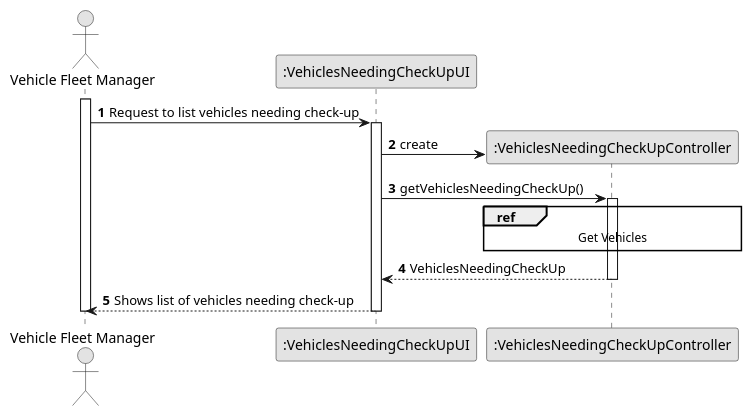
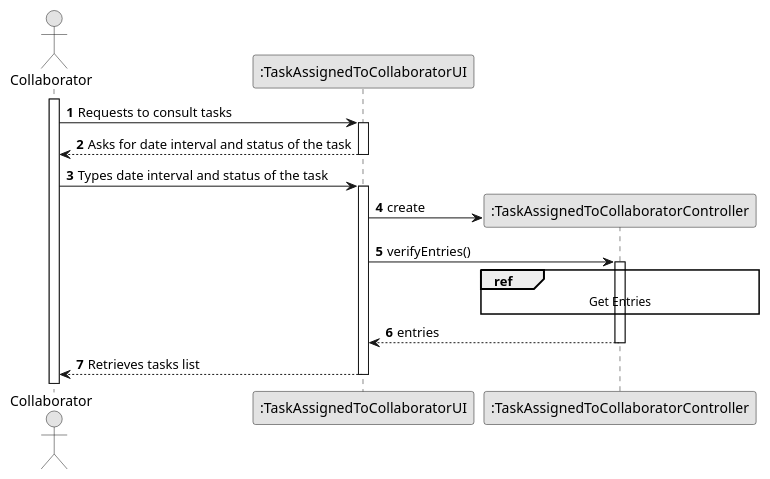
One commit to Departamento-de-Engenharia-Informatica/lei-24-s2-1df-1de-g063 changed the diagram in docs/SprintC/us28/03.design/puml/us028-sequence-diagram-split.puml. Above: the diagram before and after it, drawn with PlantUML. The commit also changed 58 other files, not shown here.

```diff
--- a/docs/SprintC/us28/03.design/puml/us028-sequence-diagram-split.puml
+++ b/docs/SprintC/us28/03.design/puml/us028-sequence-diagram-split.puml
@@ -1,38 +1,41 @@
 @startuml
 skinparam monochrome true
 skinparam packageStyle rectangle
 skinparam shadowing false
 
 autonumber
 
 'hide footbox
-actor "Vehicle Fleet Manager" as VFM
-participant ":VehiclesNeedingCheckUpUI" as UI
-participant ":VehiclesNeedingCheckUpController" as CTRL
+actor "Collaborator" as EMP
+participant ":TaskAssignedToCollaboratorUI" as UI
+participant ":TaskAssignedToCollaboratorController" as CTRL
 
-activate VFM
+activate EMP
 
-VFM -> UI : Request to list vehicles needing check-up
+    EMP -> UI : Requests to consult tasks
+    activate UI
 
+        UI --> EMP : Asks for date interval and status of the task
+    deactivate UI
+
+    EMP -> UI : Types date interval and status of the task
     activate UI
 
         UI -> CTRL** : create
 
-        UI -> CTRL : getVehiclesNeedingCheckUp()
+            UI -> CTRL : verifyEntries()
+            activate CTRL
 
-        ref over CTRL
-                            Get Vehicles
-                        end
+                ref over CTRL
+                    Get Entries
+                end
 
-        activate CTRL
+                CTRL --> UI : entries
+            deactivate CTRL
 
-            CTRL --> UI : VehiclesNeedingCheckUp
-        deactivate CTRL
-
-        UI --> VFM : Shows list of vehicles needing check-up
-
+        UI --> EMP : Retrieves tasks list
     deactivate UI
 
-deactivate VFM
+
 
 @enduml
```
